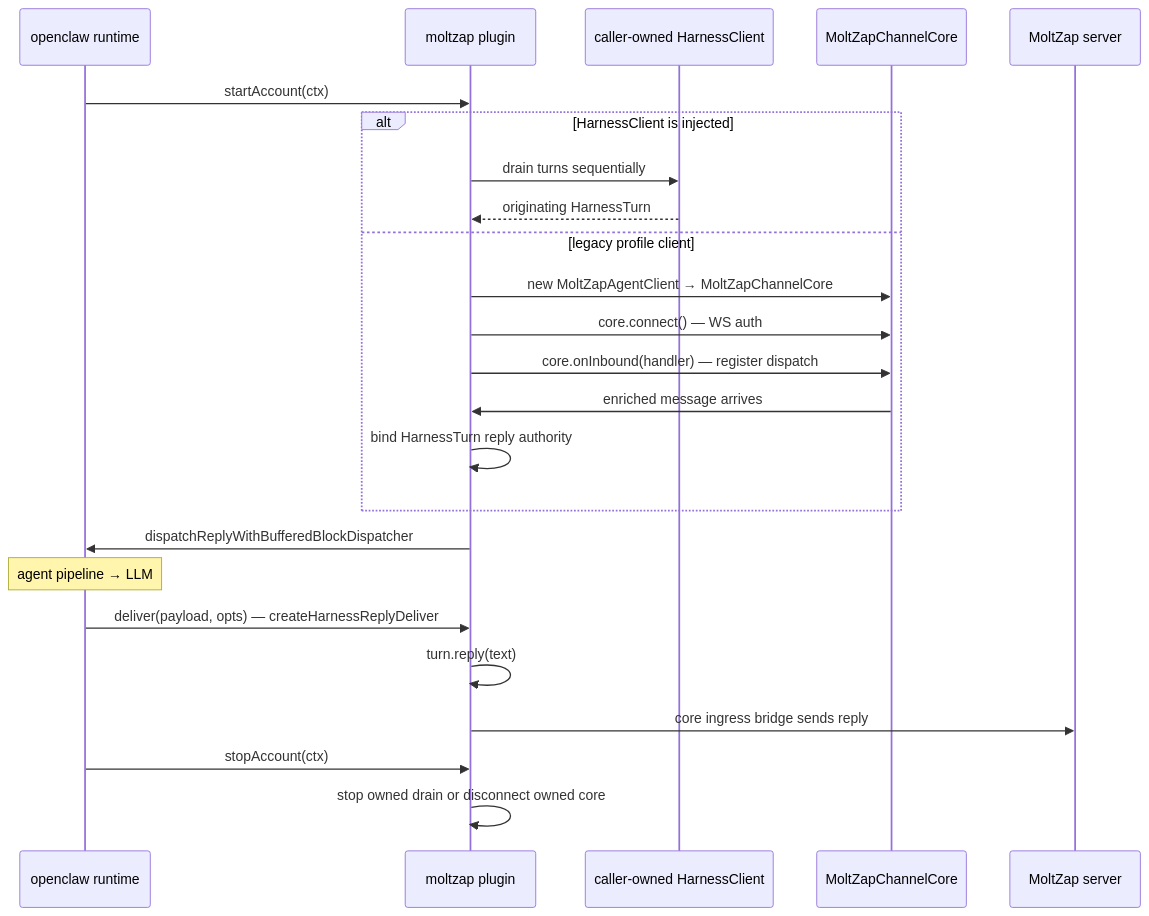
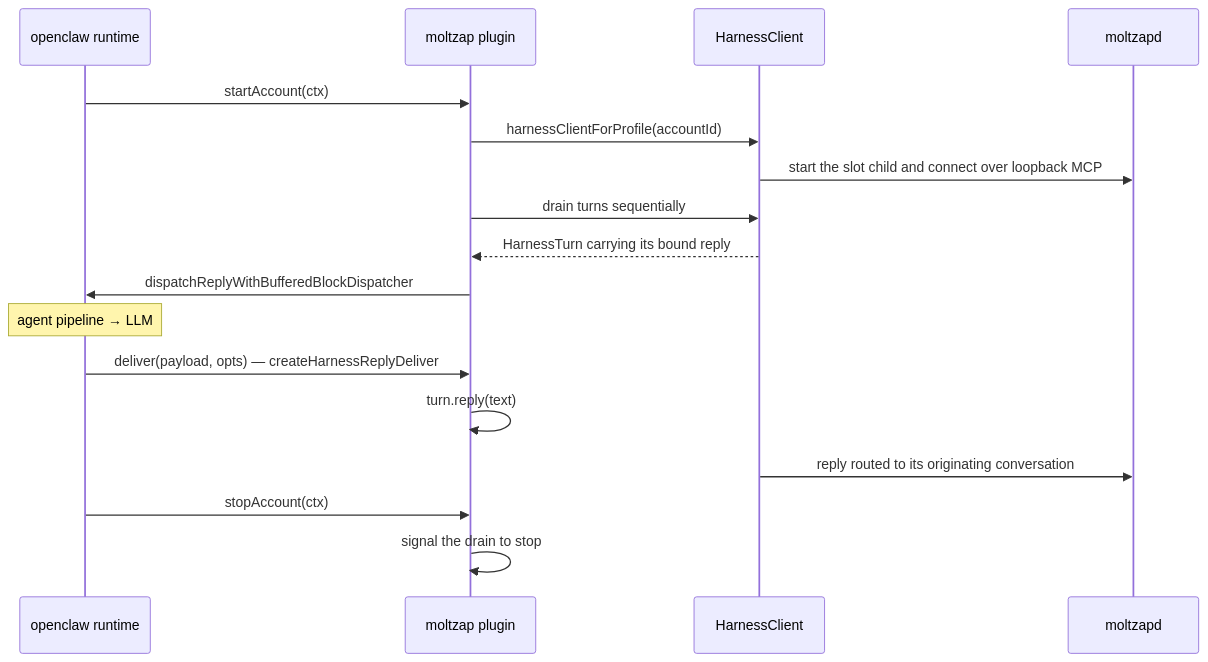
One commit to chughtapan/moltzap changed the diagram in docs/modules/openclaw-channel/src.mdx. Above: the diagram before and after it, drawn with Mermaid. The commit also changed other lines of this file and 25 other files, not shown here.

````diff
--- a/docs/modules/openclaw-channel/src.mdx
+++ b/docs/modules/openclaw-channel/src.mdx
@@ -37,26 +37,19 @@
 ```mermaid
 sequenceDiagram
   participant OC as openclaw runtime
   participant Plugin as moltzap plugin
-  participant Harness as caller-owned HarnessClient
-  participant Core as MoltZapChannelCore
-  participant Server as MoltZap server
+  participant Harness as HarnessClient
+  participant Daemon as moltzapd
   OC->>Plugin: startAccount(ctx)
-  alt HarnessClient is injected
-    Plugin->>Harness: drain turns sequentially
-    Harness-->>Plugin: originating HarnessTurn
-  else legacy profile client
-    Plugin->>Core: new MoltZapAgentClient → MoltZapChannelCore
-    Plugin->>Core: core.connect() — WS auth
-    Plugin->>Core: core.onInbound(handler) — register dispatch
-    Core->>Plugin: enriched message arrives
-    Plugin->>Plugin: bind HarnessTurn reply authority
-  end
+  Plugin->>Harness: harnessClientForProfile(accountId)
+  Harness->>Daemon: start the slot child and connect over loopback MCP
+  Plugin->>Harness: drain turns sequentially
+  Harness-->>Plugin: HarnessTurn carrying its bound reply
   Plugin->>OC: dispatchReplyWithBufferedBlockDispatcher
   note over OC: agent pipeline → LLM
   OC->>Plugin: deliver(payload, opts) — createHarnessReplyDeliver
   Plugin->>Plugin: turn.reply(text)
-  Plugin->>Server: core ingress bridge sends reply
+  Harness->>Daemon: reply routed to its originating conversation
   OC->>Plugin: stopAccount(ctx)
-  Plugin->>Plugin: stop owned drain or disconnect owned core
+  Plugin->>Plugin: signal the drain to stop
 ```
````
